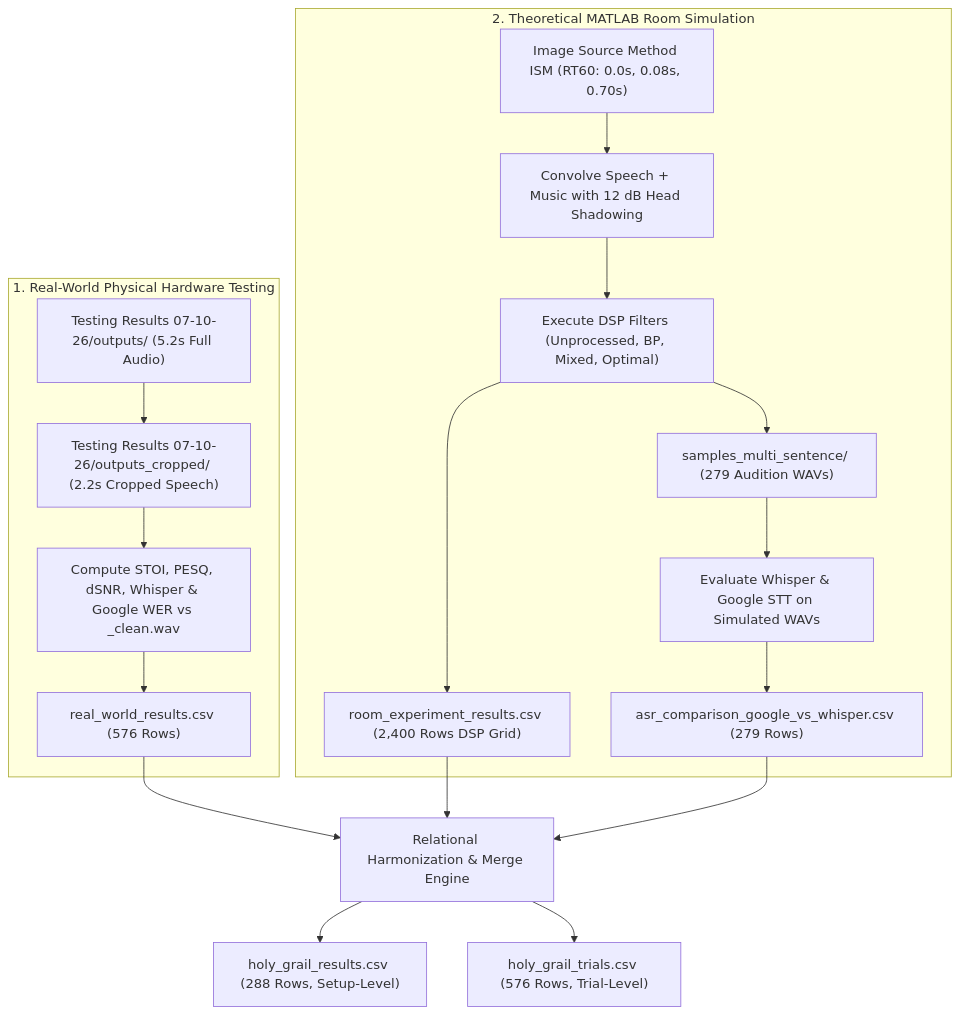
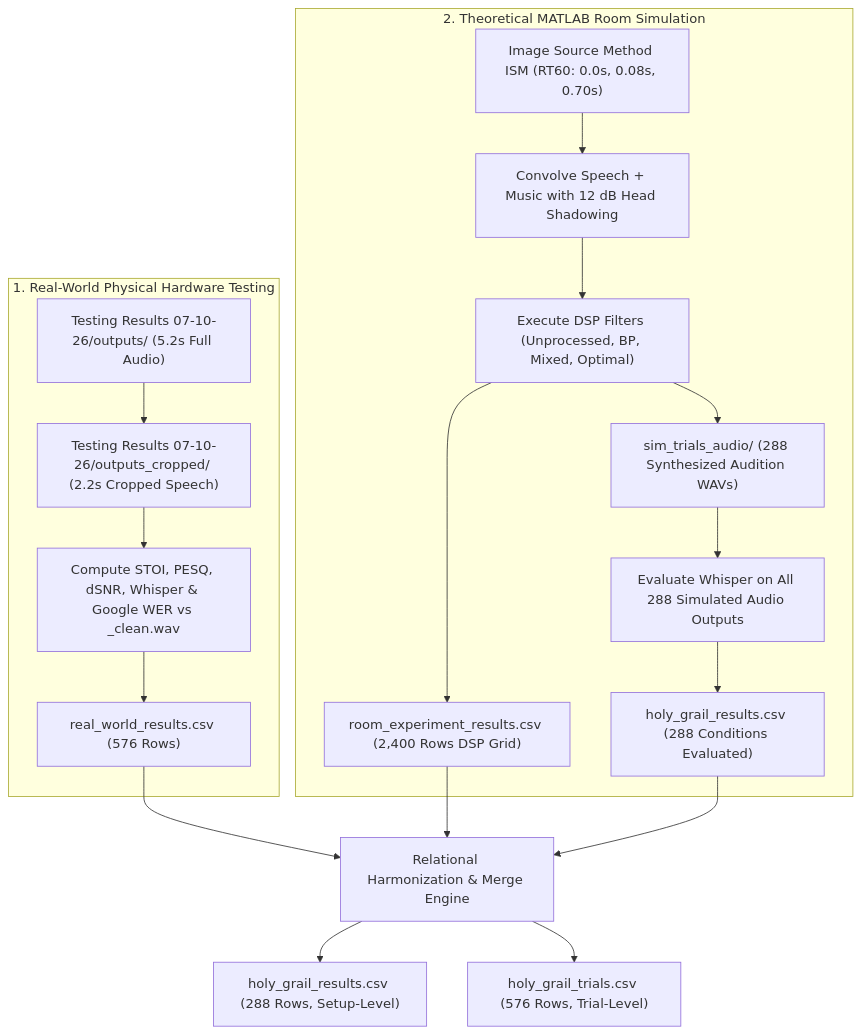
Before and after one commit to J4mster23/Investigation_Data: the diagram in reports/15_holy_grail_reconstruction_guide.md, drawn with Mermaid. The commit also changed other lines of this file and 3 other files, not shown here.

````diff
--- a/reports/15_holy_grail_reconstruction_guide.md
+++ b/reports/15_holy_grail_reconstruction_guide.md
@@ -17,26 +17,26 @@
 ```mermaid
 flowchart TD
     subgraph RealWorldPipeline [1. Real-World Physical Hardware Testing]
         RW_Audio["Testing Results 07-10-26/outputs/ (5.2s Full Audio)"]
         --> RW_Crop["Testing Results 07-10-26/outputs_cropped/ (2.2s Cropped Speech)"]
         RW_Crop --> RW_Eval["Compute STOI, PESQ, dSNR, Whisper & Google WER vs _clean.wav"]
         RW_Eval --> RW_CSV["real_world_results.csv (576 Rows)"]
     end
 
     subgraph SimulationPipeline [2. Theoretical MATLAB Room Simulation]
         Sim_ISM["Image Source Method ISM (RT60: 0.0s, 0.08s, 0.70s)"]
         --> Sim_Convolve["Convolve Speech + Music with 12 dB Head Shadowing"]
         Sim_Convolve --> Sim_DSP["Execute DSP Filters (Unprocessed, BP, Mixed, Optimal)"]
         Sim_DSP --> Sim_Grid["room_experiment_results.csv (2,400 Rows DSP Grid)"]
-        Sim_DSP --> Sim_WAVs["samples_multi_sentence/ (279 Audition WAVs)"]
-        Sim_WAVs --> Sim_ASR["Evaluate Whisper & Google STT on Simulated WAVs"]
-        Sim_ASR --> Sim_ASR_CSV["asr_comparison_google_vs_whisper.csv (279 Rows)"]
+        Sim_DSP --> Sim_WAVs["sim_trials_audio/ (288 Synthesized Audition WAVs)"]
+        Sim_WAVs --> Sim_ASR["Evaluate Whisper on All 288 Simulated Audio Outputs"]
+        Sim_ASR --> Sim_FW_CSV["holy_grail_results.csv (288 Conditions Evaluated)"]
     end
 
     RW_CSV --> MergeEngine["Relational Harmonization & Merge Engine"]
     Sim_Grid --> MergeEngine
-    Sim_ASR_CSV --> MergeEngine
+    Sim_FW_CSV --> MergeEngine
 
     MergeEngine --> HG_Res["holy_grail_results.csv (288 Rows, Setup-Level)"]
     MergeEngine --> HG_Tri["holy_grail_trials.csv (576 Rows, Trial-Level)"]
 ```
````
